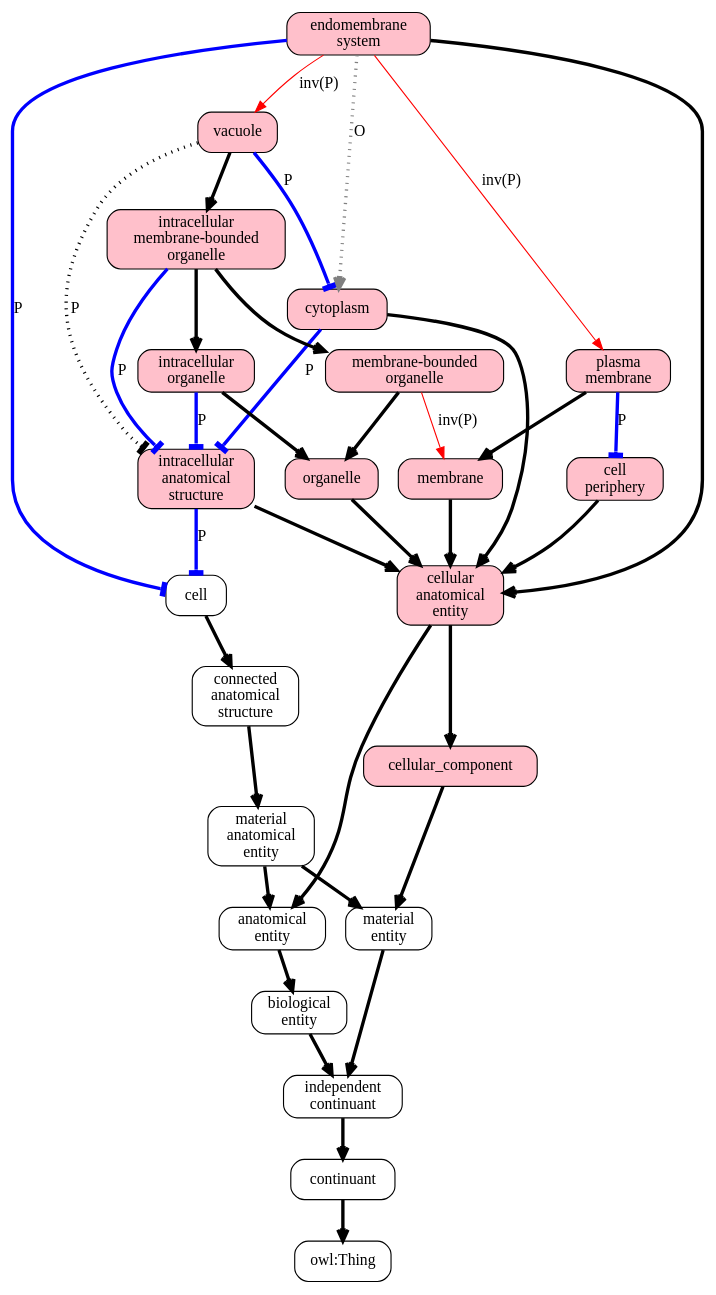
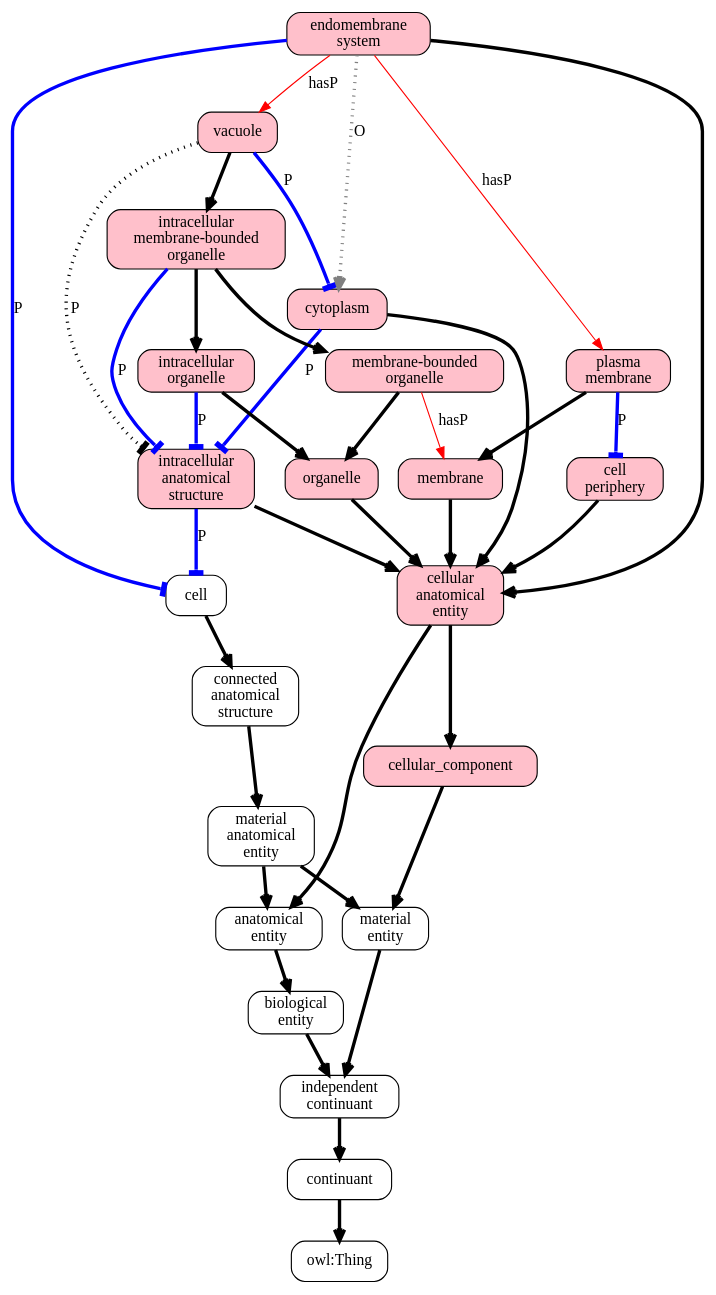
One commit to INCATools/whelk changed the diagram in paper/endomembrane_system.dot. Above: the diagram before and after it, drawn with Graphviz. The commit also changed 1 other file, not shown here.

Commit message:
regen-with-has-part-for-paper

```diff
--- a/paper/endomembrane_system.dot
+++ b/paper/endomembrane_system.dot
@@ -1,62 +1,62 @@
 digraph {
   BFO_0000002 [label=continuant,shape=box,font=helvetica,fillcolor=white,style="filled,rounded"]
   BFO_0000004 [label="independent\ncontinuant",shape=box,font=helvetica,fillcolor=white,style="filled,rounded"]
   BFO_0000040 [label="material\nentity",shape=box,font=helvetica,fillcolor=white,style="filled,rounded"]
   CARO_0000000 [label="anatomical\nentity",shape=box,font=helvetica,fillcolor=white,style="filled,rounded"]
   CARO_0000003 [label="connected\nanatomical\nstructure",shape=box,font=helvetica,fillcolor=white,style="filled,rounded"]
   CARO_0000006 [label="material\nanatomical\nentity",shape=box,font=helvetica,fillcolor=white,style="filled,rounded"]
   CARO_0030000 [label="biological\nentity",shape=box,font=helvetica,fillcolor=white,style="filled,rounded"]
   CL_0000000 [label=cell,shape=box,font=helvetica,fillcolor=white,style="filled,rounded"]
   GO_0005575 [label=cellular_component,shape=box,font=helvetica,fillcolor=pink,style="filled,rounded"]
   GO_0005622 [label="intracellular\nanatomical\nstructure",shape=box,font=helvetica,fillcolor=pink,style="filled,rounded"]
   GO_0005737 [label=cytoplasm,shape=box,font=helvetica,fillcolor=pink,style="filled,rounded"]
   GO_0005773 [label=vacuole,shape=box,font=helvetica,fillcolor=pink,style="filled,rounded"]
   GO_0005886 [label="plasma\nmembrane",shape=box,font=helvetica,fillcolor=pink,style="filled,rounded"]
   GO_0012505 [label="endomembrane\nsystem",shape=box,font=helvetica,fillcolor=pink,style="filled,rounded"]
   GO_0016020 [label=membrane,shape=box,font=helvetica,fillcolor=pink,style="filled,rounded"]
   GO_0043226 [label=organelle,shape=box,font=helvetica,fillcolor=pink,style="filled,rounded"]
   GO_0043227 [label="membrane-bounded\norganelle",shape=box,font=helvetica,fillcolor=pink,style="filled,rounded"]
   GO_0043229 [label="intracellular\norganelle",shape=box,font=helvetica,fillcolor=pink,style="filled,rounded"]
   GO_0043231 [label="intracellular\nmembrane-bounded\norganelle",shape=box,font=helvetica,fillcolor=pink,style="filled,rounded"]
   GO_0071944 [label="cell\nperiphery",shape=box,font=helvetica,fillcolor=pink,style="filled,rounded"]
   GO_0110165 [label="cellular\nanatomical\nentity",shape=box,font=helvetica,fillcolor=pink,style="filled,rounded"]
   owl_Thing [label="owl:Thing",shape=box,font=helvetica,fillcolor=white,style="filled,rounded"]
   BFO_0000002 -> owl_Thing [label="",color=black,penwidth=3,arrowhead=open]
   BFO_0000004 -> BFO_0000002 [label="",color=black,penwidth=3,arrowhead=open]
   BFO_0000040 -> BFO_0000004 [label="",color=black,penwidth=3,arrowhead=open]
   CARO_0000000 -> CARO_0030000 [label="",color=black,penwidth=3,arrowhead=open]
   CARO_0000003 -> CARO_0000006 [label="",color=black,penwidth=3,arrowhead=open]
   CARO_0000006 -> BFO_0000040 [label="",color=black,penwidth=3,arrowhead=open]
   CARO_0000006 -> CARO_0000000 [label="",color=black,penwidth=3,arrowhead=open]
   CARO_0030000 -> BFO_0000004 [label="",color=black,penwidth=3,arrowhead=open]
   CL_0000000 -> CARO_0000003 [label="",color=black,penwidth=3,arrowhead=open]
   GO_0005575 -> BFO_0000040 [label="",color=black,penwidth=3,arrowhead=open]
   GO_0005622 -> CL_0000000 [label="P",arrowhead=tee,color=blue,penwidth=3]
   GO_0005622 -> GO_0110165 [label="",color=black,penwidth=3,arrowhead=open]
   GO_0005737 -> GO_0005622 [label="P",arrowhead=tee,color=blue,penwidth=3]
   GO_0005737 -> GO_0110165 [label="",color=black,penwidth=3,arrowhead=open]
   GO_0005773 -> GO_0005737 [label="P",arrowhead=tee,color=blue,penwidth=3]
   GO_0005773 -> GO_0043231 [label="",color=black,penwidth=3,arrowhead=open]
   GO_0005886 -> GO_0071944 [label="P",arrowhead=tee,color=blue,penwidth=3]
   GO_0005886 -> GO_0016020 [label="",color=black,penwidth=3,arrowhead=open]
   GO_0012505 -> CL_0000000 [label="P",arrowhead=tee,color=blue,penwidth=3]
-  GO_0012505 -> GO_0005773 [label="inv(P)",color=red]
-  GO_0012505 -> GO_0005886 [label="inv(P)",color=red]
+  GO_0012505 -> GO_0005773 [label="hasP",color=red]
+  GO_0012505 -> GO_0005886 [label="hasP",color=red]
   GO_0012505 -> GO_0110165 [label="",color=black,penwidth=3,arrowhead=open]
   GO_0016020 -> GO_0110165 [label="",color=black,penwidth=3,arrowhead=open]
   GO_0043226 -> GO_0110165 [label="",color=black,penwidth=3,arrowhead=open]
-  GO_0043227 -> GO_0016020 [label="inv(P)",color=red]
+  GO_0043227 -> GO_0016020 [label="hasP",color=red]
   GO_0043227 -> GO_0043226 [label="",color=black,penwidth=3,arrowhead=open]
   GO_0043229 -> GO_0005622 [label="P",arrowhead=tee,color=blue,penwidth=3]
   GO_0043229 -> GO_0043226 [label="",color=black,penwidth=3,arrowhead=open]
   GO_0043231 -> GO_0005622 [label="P",arrowhead=tee,color=blue,penwidth=3]
   GO_0043231 -> GO_0043227 [label="",color=black,penwidth=3,arrowhead=open]
   GO_0043231 -> GO_0043229 [label="",color=black,penwidth=3,arrowhead=open]
   GO_0071944 -> GO_0110165 [label="",color=black,penwidth=3,arrowhead=open]
   GO_0110165 -> CARO_0000000 [label="",color=black,penwidth=3,arrowhead=open]
   GO_0110165 -> GO_0005575 [label="",color=black,penwidth=3,arrowhead=open]
 
   GO_0012505 -> GO_0005737 [label="O",arrowhead=open,color=grey,penwidth=3,style="dotted"]
   GO_0005773 -> GO_0005622 [label="P",arrowhead=tee,color=black,penwidth=3,style="dotted"]
 
 }
```
